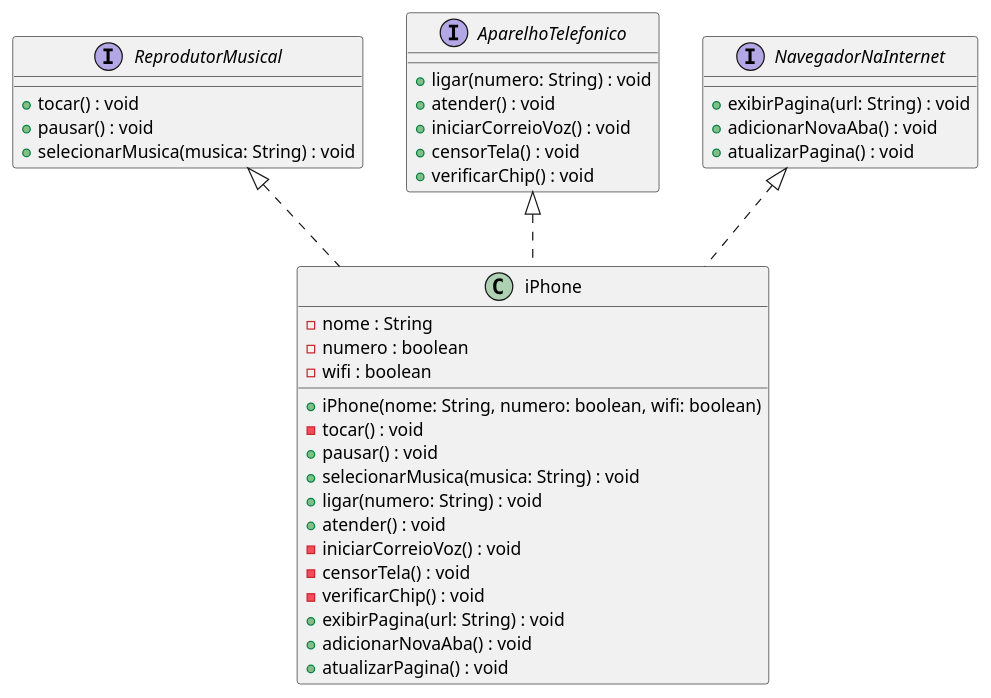
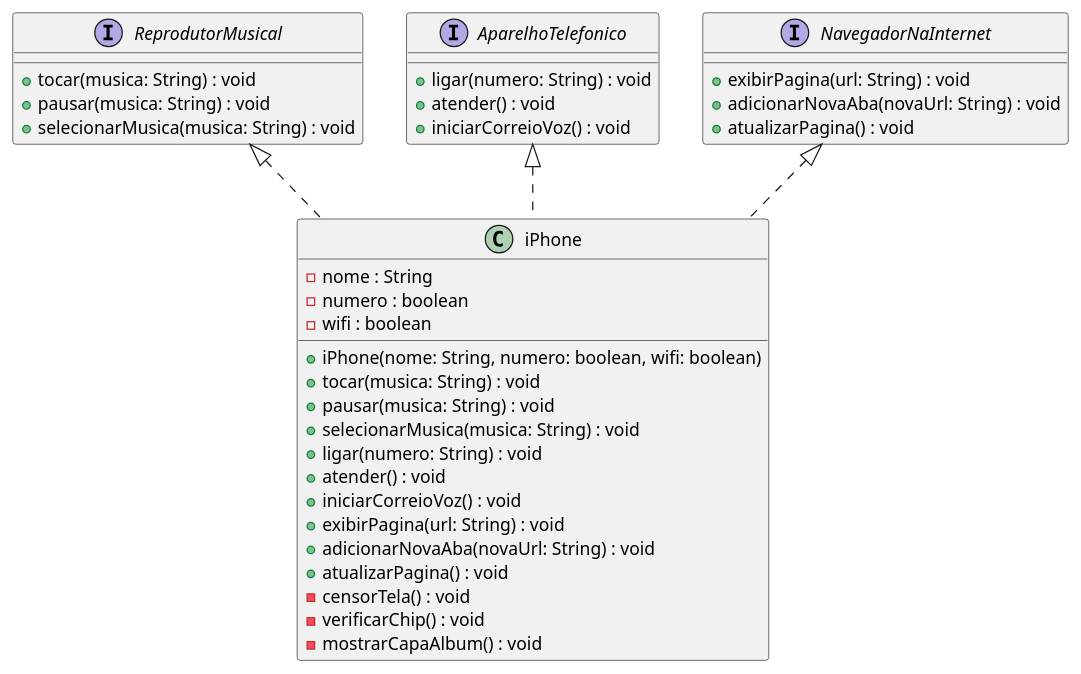
Before and after one commit to diegof856/Desafio_UML-Java: the diagram in README.md, drawn with PlantUML.

````diff
--- a/README.md
+++ b/README.md
@@ -5,42 +5,42 @@
 ```plantuml
 @startuml
 interface ReprodutorMusical {
-    + tocar() : void
-    + pausar() : void
+    + tocar(musica: String) : void
+    + pausar(musica: String) : void
     + selecionarMusica(musica: String) : void
 }
 
 interface AparelhoTelefonico {
     + ligar(numero: String) : void
     + atender() : void
     + iniciarCorreioVoz() : void
-    + censorTela() : void
-    + verificarChip() : void
 }
 
 interface NavegadorNaInternet {
     + exibirPagina(url: String) : void
-    + adicionarNovaAba() : void
+    + adicionarNovaAba(novaUrl: String) : void
     + atualizarPagina() : void
 }
 
 class iPhone implements ReprodutorMusical, AparelhoTelefonico, NavegadorNaInternet {
     - nome : String
     - numero : boolean
     - wifi : boolean
     
     + iPhone(nome: String, numero: boolean, wifi: boolean)
-    - tocar() : void
-    + pausar() : void
+    + tocar(musica: String) : void
+    + pausar(musica: String) : void
     + selecionarMusica(musica: String) : void
     + ligar(numero: String) : void
     + atender() : void
-    - iniciarCorreioVoz() : void
+    + iniciarCorreioVoz() : void
+    + exibirPagina(url: String) : void
+    + adicionarNovaAba(novaUrl: String) : void
+    + atualizarPagina() : void
     - censorTela() : void
     - verificarChip() : void
-    + exibirPagina(url: String) : void
-    + adicionarNovaAba() : void
-    + atualizarPagina() : void
+    - mostrarCapaAlbum() : void
 }
 @enduml
+
 ```
````
